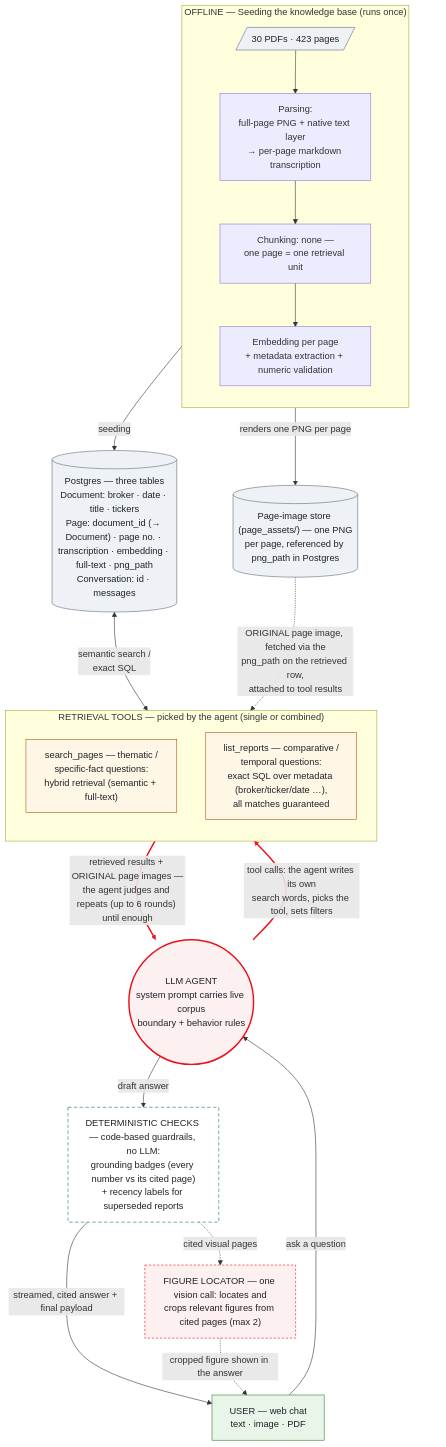
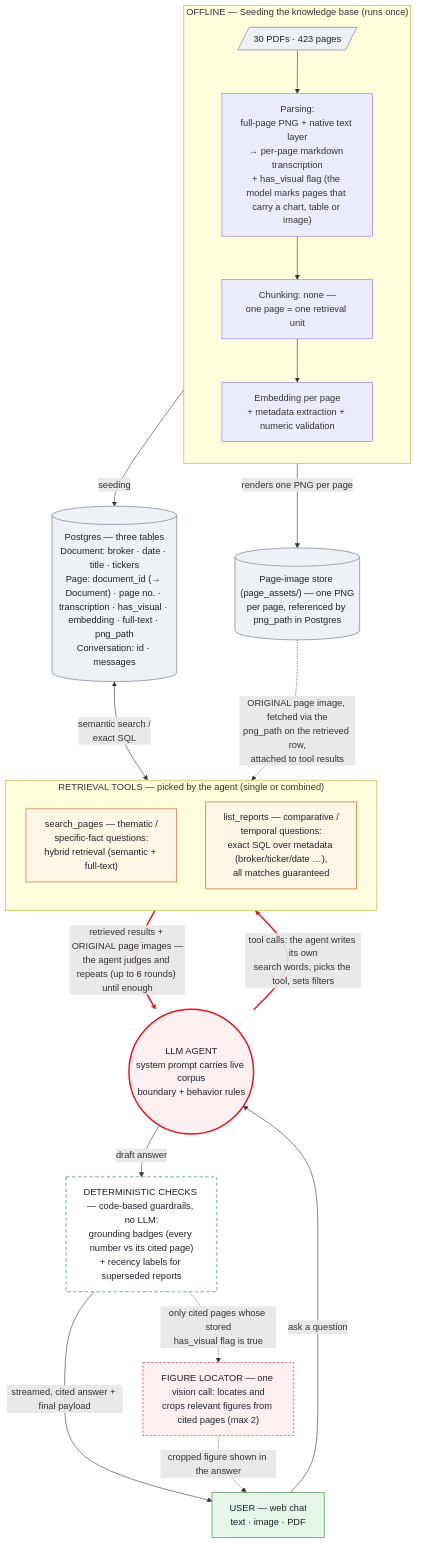
One commit to Nicole-Tu97/broker-research-chatbot changed the diagram in DESIGN.md. Above: the diagram before and after it, drawn with Mermaid. The commit also changed other lines of this file, not shown here.

Commit message:
DESIGN: has_visual shown end to end - set by the model during transcription, stored on Page, and the gate that decides whether the figure locator runs on a cited page

````diff
--- a/DESIGN.md
+++ b/DESIGN.md
@@ -35,57 +35,57 @@
 ```mermaid
 flowchart TB
     subgraph SEED["OFFLINE — Seeding the knowledge base (runs once)"]
         direction TB
         DOCS[/"30 PDFs · 423 pages"/]
-        DOCS --> P0["Parsing:<br/>full-page PNG + native text layer<br/>→ per-page markdown transcription"]
+        DOCS --> P0["Parsing:<br/>full-page PNG + native text layer<br/>→ per-page markdown transcription<br/>+ has_visual flag (the model marks pages that carry a chart, table or image)"]
         P0 --> P1["Chunking: none —<br/>one page = one retrieval unit"]
         P1 --> P2["Embedding per page<br/>+ metadata extraction + numeric validation"]
     end
 
-    PG[("Postgres — three tables<br/>Document: broker · date · title · tickers<br/>Page: document_id (→ Document) · page no. · transcription · embedding · full-text · png_path<br/>Conversation: id · messages")]
+    PG[("Postgres — three tables<br/>Document: broker · date · title · tickers<br/>Page: document_id (→ Document) · page no. · transcription · has_visual · embedding · full-text · png_path<br/>Conversation: id · messages")]
     IMG[("Page-image store (page_assets/) — one PNG<br/>per page, referenced by png_path in Postgres")]
 
     A(("LLM AGENT<br/>system prompt carries live corpus<br/>boundary + behavior rules"))
 
     subgraph TOOLS["RETRIEVAL TOOLS — picked by the agent (single or combined)"]
         direction TB
         SP["search_pages — thematic /<br/>specific-fact questions:<br/>hybrid retrieval (semantic + full-text)"]
         LRT["list_reports — comparative /<br/>temporal questions:<br/>exact SQL over metadata (broker/ticker/date …),<br/>all matches guaranteed"]
     end
 
     U["USER — web chat<br/>text · image · PDF"]
 
     CK["DETERMINISTIC CHECKS — code-based guardrails, no LLM:<br/>grounding badges (every number vs its cited page)<br/>+ recency labels for superseded reports"]
     FIG["FIGURE LOCATOR — one vision call: locates and<br/>crops relevant figures from cited pages (max 2)"]
 
     SEED -- "seeding" --> PG
     SEED -- "renders one PNG per page" --> IMG
     U -- "ask a question" --> A
     A -- "tool calls: the agent writes its own<br/>search words, picks the tool, sets filters" --> TOOLS
     TOOLS -- "retrieved results + ORIGINAL page images —<br/>the agent judges and repeats (up to 6 rounds) until enough" --> A
     PG <-- "semantic search /<br/>exact SQL" --> TOOLS
     IMG -. "ORIGINAL page image, fetched via the<br/>png_path on the retrieved row,<br/>attached to tool results" .-> TOOLS
     A -- "draft answer" --> CK
     CK -- "streamed, cited answer + final payload" --> U
-    CK -. "cited visual pages" .-> FIG
+    CK -. "only cited pages whose stored<br/>has_visual flag is true" .-> FIG
     FIG -. "cropped figure shown in the answer" .-> U
     SEED ~~~ U
 
     %% Red edges = the agentic decision surface: outbound, the agent phrases its own
     %% queries, picks tools and filters; on the return, it judges sufficiency and repeats.
     %% linkStyle indexes edges in order of appearance (subgraph-internal edges included).
     linkStyle 6,7 stroke:#EC111A,stroke-width:2.5px;
 
     classDef user fill:#e8f5e9,stroke:#2e7d32,color:#1f2329;
     classDef tool fill:#fff7e6,stroke:#b45309,color:#1f2329;
     classDef agent fill:#FDF0F0,stroke:#EC111A,stroke-width:2.5px,color:#1f2329;
     classDef store fill:#eef2f7,stroke:#5f6b7a,color:#1f2329;
     classDef det fill:#ffffff,stroke:#0e7a3d,stroke-dasharray:6 4,color:#1f2329;
     classDef llm fill:#FDF0F0,stroke:#EC111A,stroke-dasharray:4 3,color:#1f2329;
     class U user;
     class SP,LRT tool;
     class A agent;
     class DOCS,PG,IMG store;
     class CK det;
     class FIG llm;
 ```
````
